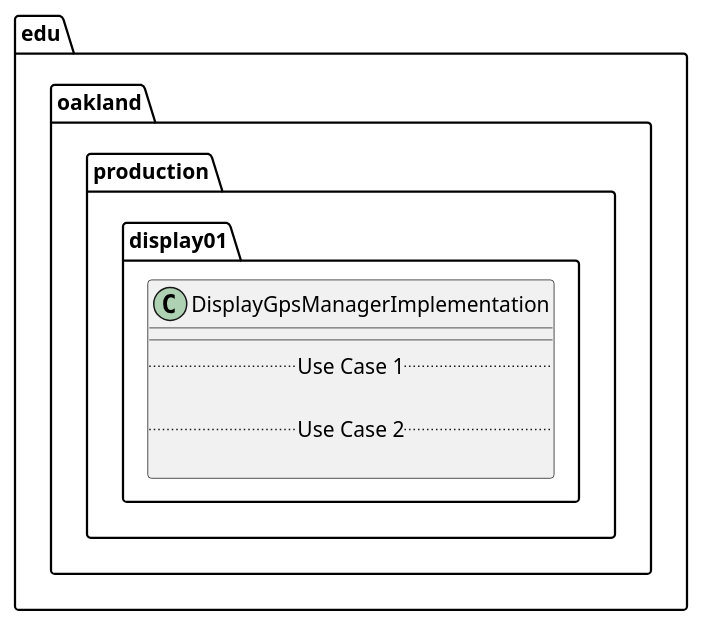
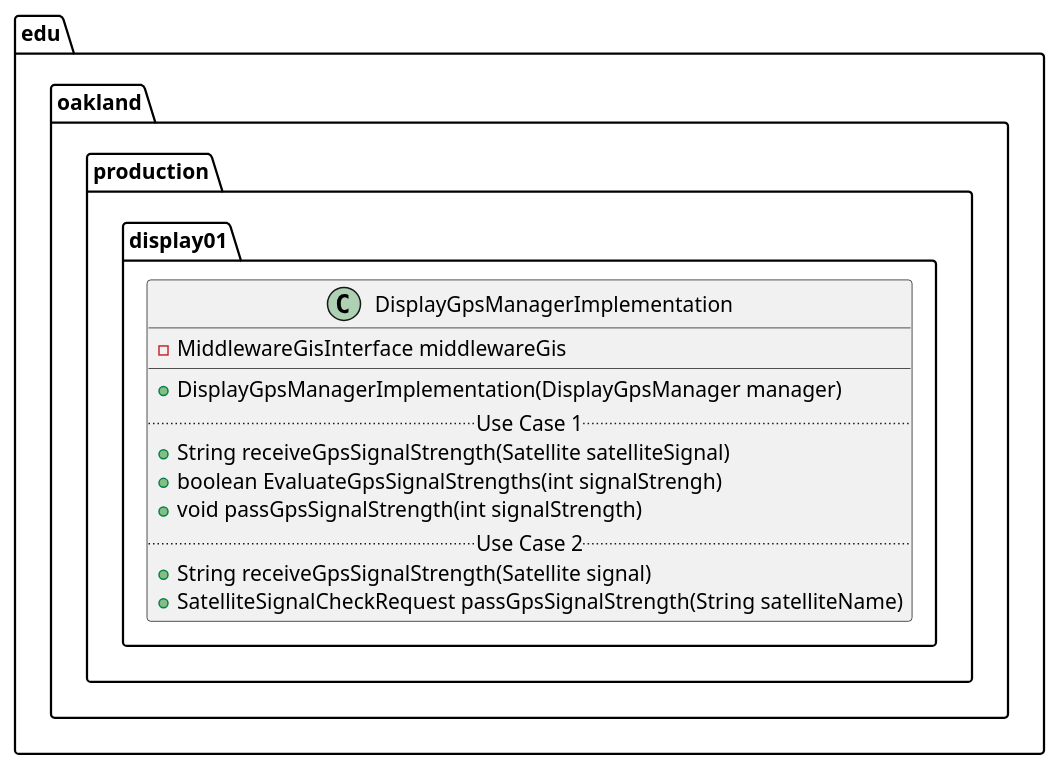
Before and after one commit to andrewdimmer/csi-3370-software-project: the diagram in docs/uml-class-diagrams/display01/production/DisplayGpsManagerImplementation/DisplayGpsManagerImplementation.puml, drawn with PlantUML. The commit also changed 1 other file, not shown here.

Commit message:
Updated DisplayGpsManagerImplementaion puml and readme

```diff
--- a/docs/uml-class-diagrams/display01/production/DisplayGpsManagerImplementation/DisplayGpsManagerImplementation.puml
+++ b/docs/uml-class-diagrams/display01/production/DisplayGpsManagerImplementation/DisplayGpsManagerImplementation.puml
@@ -1,13 +1,18 @@
 @startuml DisplayGpsManagerImplementation
 
 package edu.oakland.production.display01 {
-    class DisplayGpsManagerImplementation {
-        __
-        .. Use Case 1 ..
-
-        .. Use Case 2 ..
-
+  class DisplayGpsManagerImplementation {
+    - MiddlewareGisInterface middlewareGis
+   __
+    + DisplayGpsManagerImplementation(DisplayGpsManager manager)
+    .. Use Case 1 ..
+    + String receiveGpsSignalStrength(Satellite satelliteSignal)
+    + boolean EvaluateGpsSignalStrengths(int signalStrengh)
+    + void passGpsSignalStrength(int signalStrength)
+    .. Use Case 2 ..
+    + String receiveGpsSignalStrength(Satellite signal)
+    + SatelliteSignalCheckRequest passGpsSignalStrength(String satelliteName)
     }
 }
 
 @enduml
```
